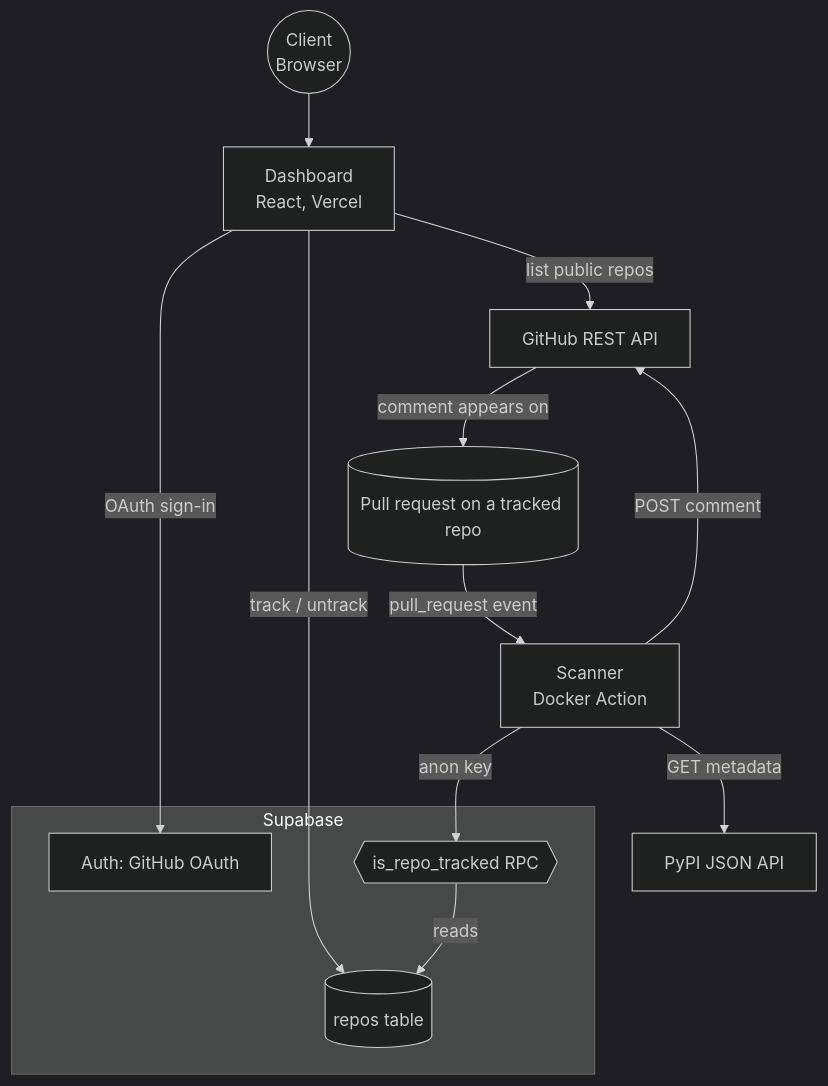
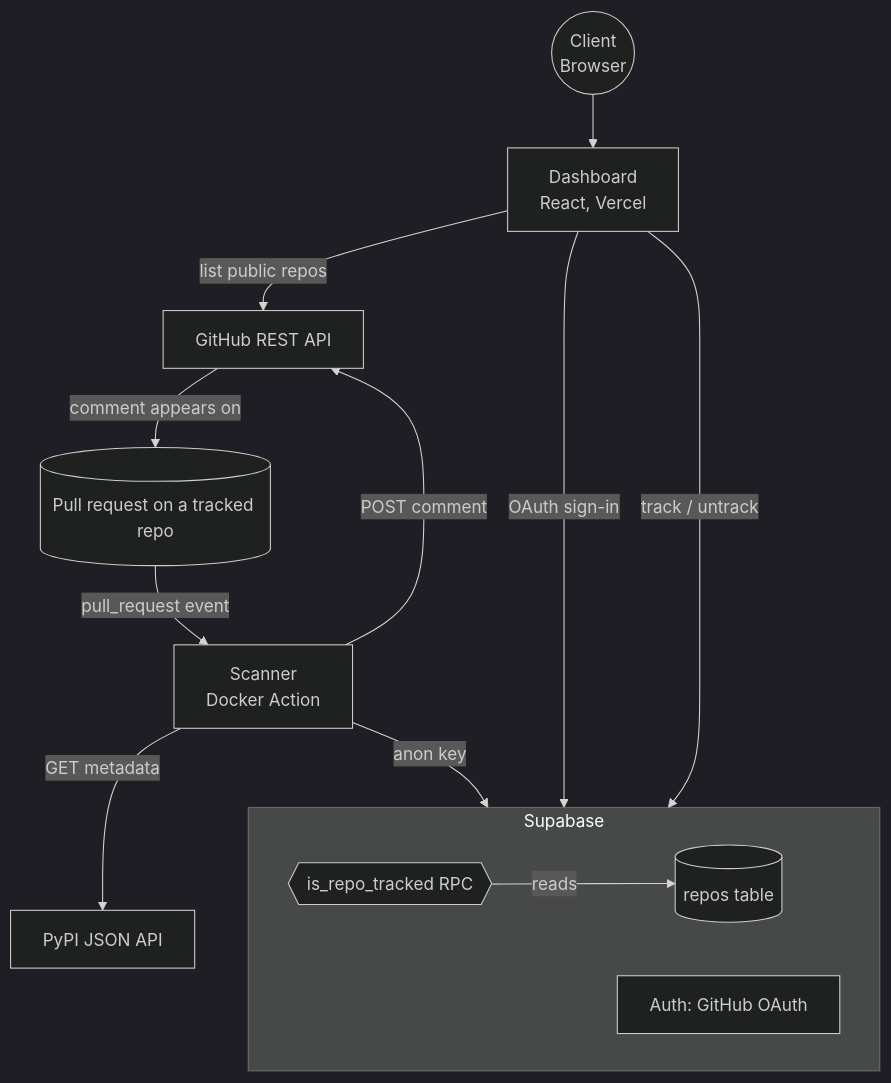
The diagram in README.md (dxfeng/deprecation-auditor), drawn with Mermaid (dark theme) before and after one commit.

Commit message:
Modified mermaid

````diff
--- a/README.md
+++ b/README.md
@@ -26,23 +26,24 @@
 ```mermaid
 flowchart TD
     Browser((Client\nBrowser)) --> Dashboard[Dashboard\nReact, Vercel]
 
     subgraph Supabase["Supabase"]
+        direction LR
+        ReposTable[(repos table)]
         AuthSvc[Auth: GitHub OAuth]
-        ReposTable[(repos table)]
         RPC{{is_repo_tracked RPC}}
     end
 
     Dashboard -->|OAuth sign-in| AuthSvc
     Dashboard -->|track / untrack| ReposTable
 
     Repo[(Pull request on a tracked repo)] -->|pull_request event| Scanner[Scanner\nDocker Action]
     Scanner -->|anon key| RPC
     RPC -->|reads| ReposTable
     Scanner -->|GET metadata| PyPI[PyPI JSON API]
 
     GitHub[GitHub REST API]
     Dashboard -->|list public repos| GitHub
     Scanner -->|POST comment| GitHub
     GitHub -->|comment appears on| Repo
 ```
````
